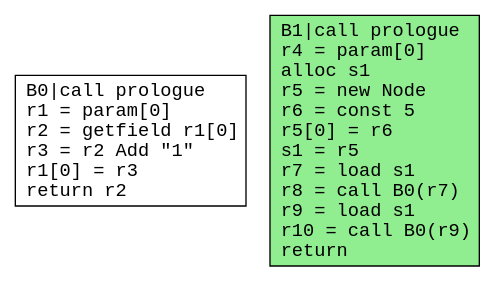
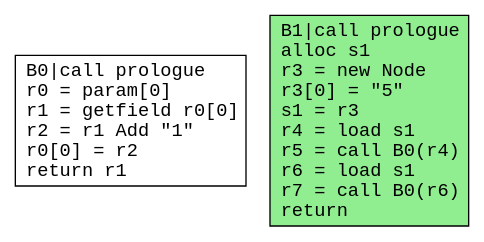
Before and after one commit to safarislava/ProcTranslator: the diagram in output/classes.dot, drawn with Graphviz. The commit also changed 37 other files, not shown here.

```diff
--- a/output/classes.dot
+++ b/output/classes.dot
@@ -1,9 +1,9 @@
 digraph CFG {
   rankdir=TB;
   node [shape=box, fontname="Courier"];
   edge [fontname="Courier"];
 
-  B0 [label="B0|call prologue\lr1 = param[0]\lr2 = getfield r1[0]\lr3 = r2 Add \"1\"\lr1[0] = r3\lreturn r2\l"];
-  B1 [label="B1|call prologue\lr4 = param[0]\lalloc s1\lr5 = new Node\lr6 = const 5\lr5[0] = r6\ls1 = r5\lr7 = load s1\lr8 = call B0(r7)\lr9 = load s1\lr10 = call B0(r9)\lreturn\l"];
+  B0 [label="B0|call prologue\lr0 = param[0]\lr1 = getfield r0[0]\lr2 = r1 Add \"1\"\lr0[0] = r2\lreturn r1\l"];
+  B1 [label="B1|call prologue\lalloc s1\lr3 = new Node\lr3[0] = \"5\"\ls1 = r3\lr4 = load s1\lr5 = call B0(r4)\lr6 = load s1\lr7 = call B0(r6)\lreturn\l"];
   B1 [style=filled, fillcolor=lightgreen];
 }
```
